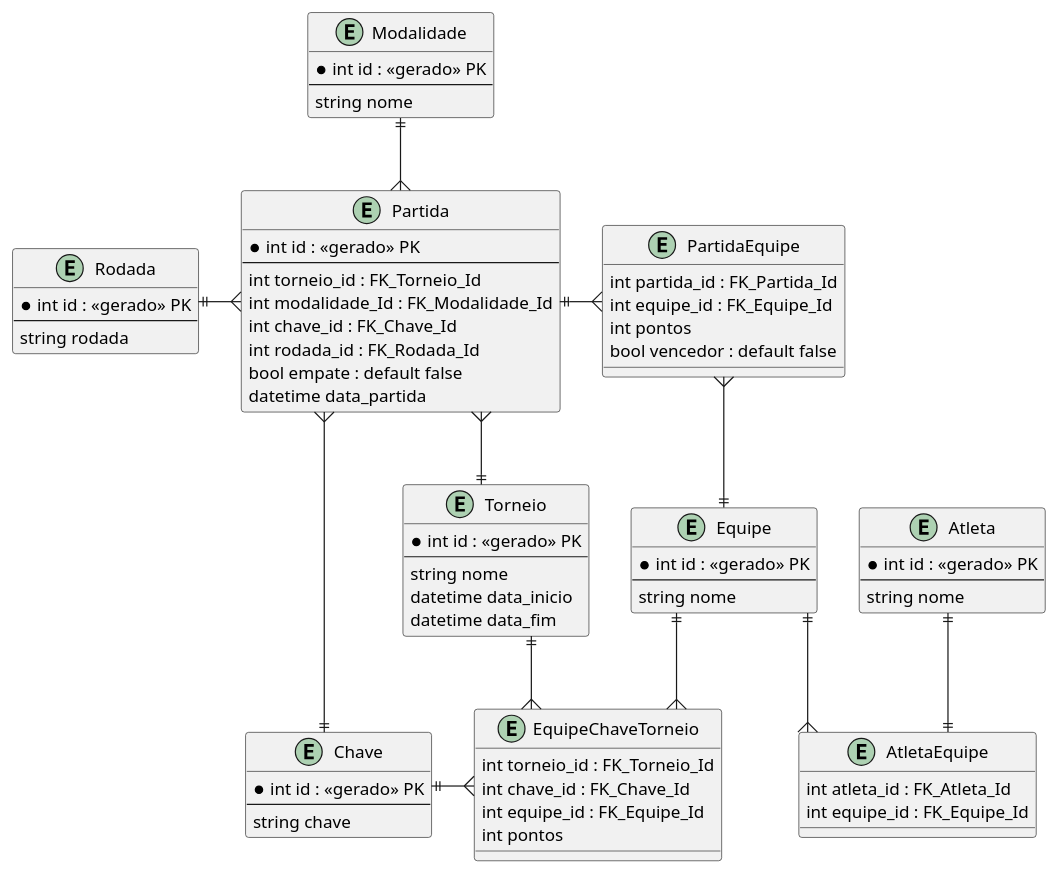
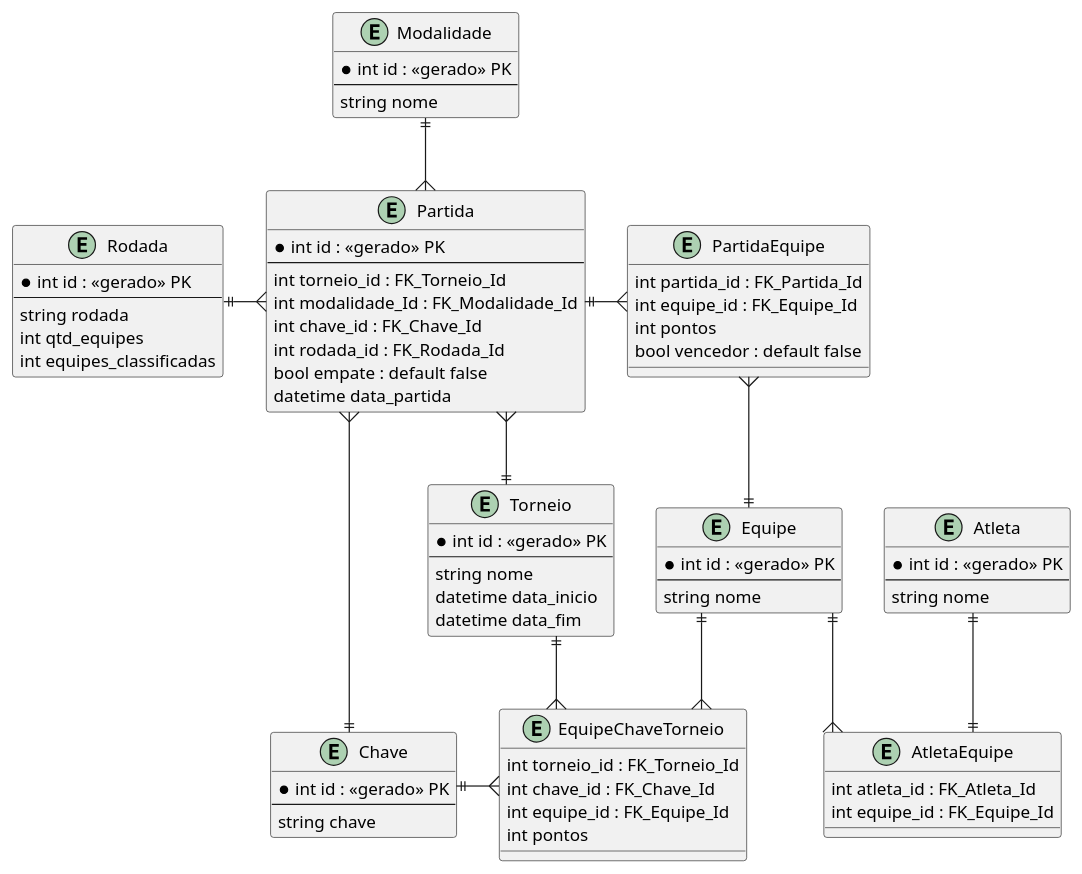
Before and after one commit to maats01/bancodedadosII: the diagram in Exercícios/Torneio/Torneio.wsd, drawn with PlantUML. The commit also changed 1 other file, not shown here.

Commit message:
atualizando diagrama

```diff
--- a/Exercícios/Torneio/Torneio.wsd
+++ b/Exercícios/Torneio/Torneio.wsd
@@ -1,72 +1,74 @@
 @startuml Torneio
 skinparam Linetype ortho
 entity Torneio{
     * int id : <<gerado>> PK
     ---
     string nome
     datetime data_inicio
     datetime data_fim
 }
 entity Atleta{
     * int id : <<gerado>> PK
     ---
     string nome
 }
 entity Equipe{
     * int id : <<gerado>> PK
     ---
     string nome
 }
 entity AtletaEquipe{
     int atleta_id : FK_Atleta_Id
     int equipe_id : FK_Equipe_Id
 }
 entity Modalidade{
     * int id : <<gerado>> PK
     ---
     string nome
 }
 entity Rodada{
     * int id : <<gerado>> PK
     ---
     string rodada
+    int qtd_equipes
+    int equipes_classificadas
 }
 entity Partida{
     * int id : <<gerado>> PK
     ---
     int torneio_id : FK_Torneio_Id
     int modalidade_Id : FK_Modalidade_Id
     int chave_id : FK_Chave_Id
     int rodada_id : FK_Rodada_Id
     bool empate : default false
     datetime data_partida
 }
 entity PartidaEquipe{
     int partida_id : FK_Partida_Id
     int equipe_id : FK_Equipe_Id
     int pontos
     bool vencedor : default false
 }
 entity Chave{
     * int id : <<gerado>> PK
     ---
     string chave
 }
 entity EquipeChaveTorneio{
     int torneio_id : FK_Torneio_Id
     int chave_id : FK_Chave_Id
     int equipe_id : FK_Equipe_Id
     int pontos
 }
 Atleta ||--|| AtletaEquipe
 Equipe ||--{ AtletaEquipe
 Modalidade ||--{ Partida
 Rodada ||-right-{ Partida
 Torneio ||-up-{ Partida
 Torneio ||--{ EquipeChaveTorneio
 Chave ||-right-{ EquipeChaveTorneio
 Chave ||-up-{ Partida
 Equipe ||--{ EquipeChaveTorneio
 Partida ||-right-{ PartidaEquipe
 Equipe ||-up-{ PartidaEquipe
 @enduml
```
